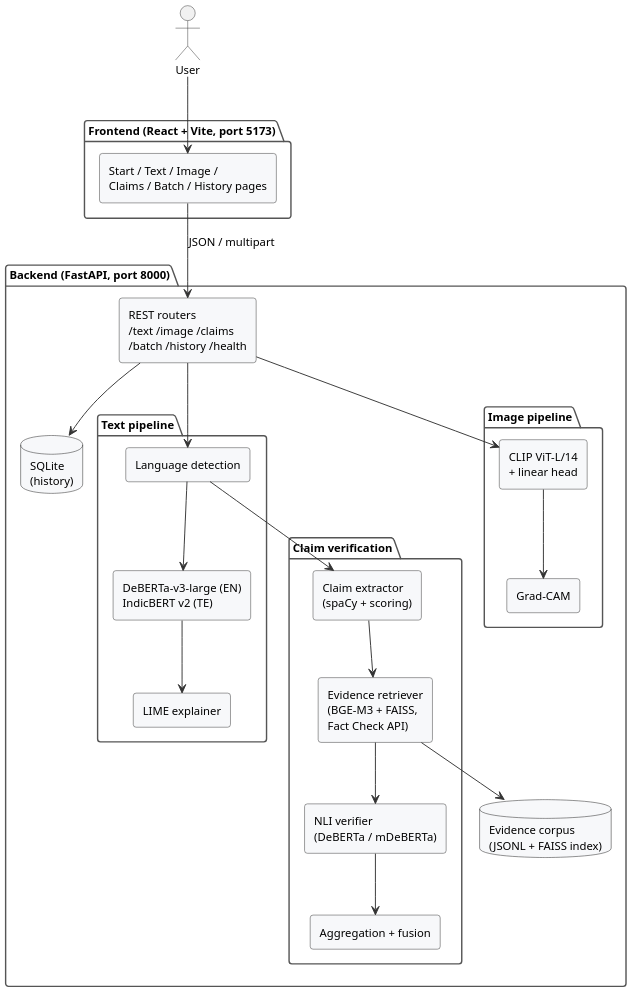
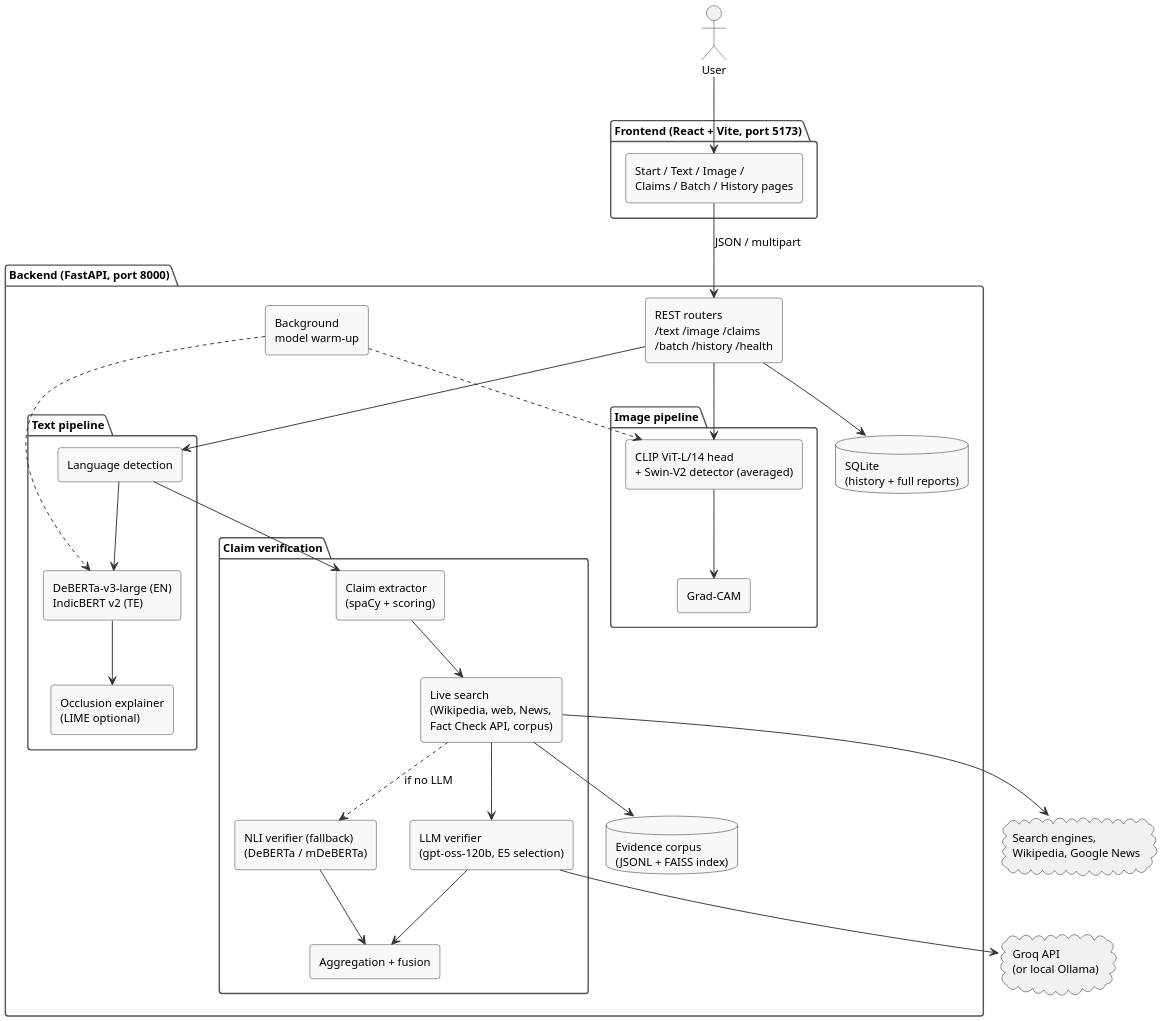
Before and after one commit to srivalli-kagitha/Fake-News-Detection: the diagram in report/diagrams/architecture.puml, drawn with PlantUML. The commit also changed 49 other files, not shown here.

First line of the commit message:
Paper and report: LLM fact checker, live evidence, image ensemble, occlusion, faster start, full-report history

```diff
--- a/report/diagrams/architecture.puml
+++ b/report/diagrams/architecture.puml
@@ -1,60 +1,70 @@
 @startuml
 skinparam dpi 170
 skinparam shadowing false
 skinparam defaultFontName Arial
 skinparam defaultFontSize 12
 skinparam ArrowColor #333333
 skinparam roundcorner 6
 skinparam componentStyle rectangle
 skinparam rectangleBorderColor #333333
 skinparam rectangleBackgroundColor #F7F8FA
 skinparam packageBorderColor #555555
 skinparam actorBorderColor #333333
 skinparam usecaseBorderColor #333333
 skinparam usecaseBackgroundColor #F7F8FA
 skinparam classBorderColor #333333
 skinparam classBackgroundColor #F7F8FA
 skinparam activityBorderColor #333333
 skinparam activityBackgroundColor #F7F8FA
 skinparam sequenceParticipantBorderColor #333333
 skinparam sequenceParticipantBackgroundColor #F7F8FA
 skinparam databaseBackgroundColor #F7F8FA
 skinparam noteBackgroundColor #FFFBE6
 actor User
 package "Frontend (React + Vite, port 5173)" {
   rectangle "Start / Text / Image /\nClaims / Batch / History pages" as UI
 }
 package "Backend (FastAPI, port 8000)" {
   rectangle "REST routers\n/text /image /claims\n/batch /history /health" as API
   package "Text pipeline" {
     rectangle "Language detection" as LD
     rectangle "DeBERTa-v3-large (EN)\nIndicBERT v2 (TE)" as CLS
-    rectangle "LIME explainer" as LIME
+    rectangle "Occlusion explainer\n(LIME optional)" as LIME
   }
   package "Claim verification" {
     rectangle "Claim extractor\n(spaCy + scoring)" as CE
-    rectangle "Evidence retriever\n(BGE-M3 + FAISS,\nFact Check API)" as RET
-    rectangle "NLI verifier\n(DeBERTa / mDeBERTa)" as NLI
+    rectangle "Live search\n(Wikipedia, web, News,\nFact Check API, corpus)" as RET
+    rectangle "LLM verifier\n(gpt-oss-120b, E5 selection)" as LLMV
+    rectangle "NLI verifier (fallback)\n(DeBERTa / mDeBERTa)" as NLI
     rectangle "Aggregation + fusion" as AGG
   }
   package "Image pipeline" {
-    rectangle "CLIP ViT-L/14\n+ linear head" as CLIP
+    rectangle "CLIP ViT-L/14 head\n+ Swin-V2 detector (averaged)" as CLIP
     rectangle "Grad-CAM" as CAM
   }
-  database "SQLite\n(history)" as DB
+  database "SQLite\n(history + full reports)" as DB
+  rectangle "Background\nmodel warm-up" as WU
   database "Evidence corpus\n(JSONL + FAISS index)" as EV
 }
 User --> UI
 UI --> API : JSON / multipart
 API --> LD
 LD --> CLS
 CLS --> LIME
 LD --> CE
 CE --> RET
 RET --> EV
-RET --> NLI
+RET --> LLMV
+RET ..> NLI : if no LLM
+LLMV --> AGG
 NLI --> AGG
 API --> CLIP
 CLIP --> CAM
 API --> DB
+WU ..> CLS
+WU ..> CLIP
+cloud "Groq API\n(or local Ollama)" as GROQ
+cloud "Search engines,\nWikipedia, Google News" as WEB
+LLMV --> GROQ
+RET --> WEB
 @enduml
```
